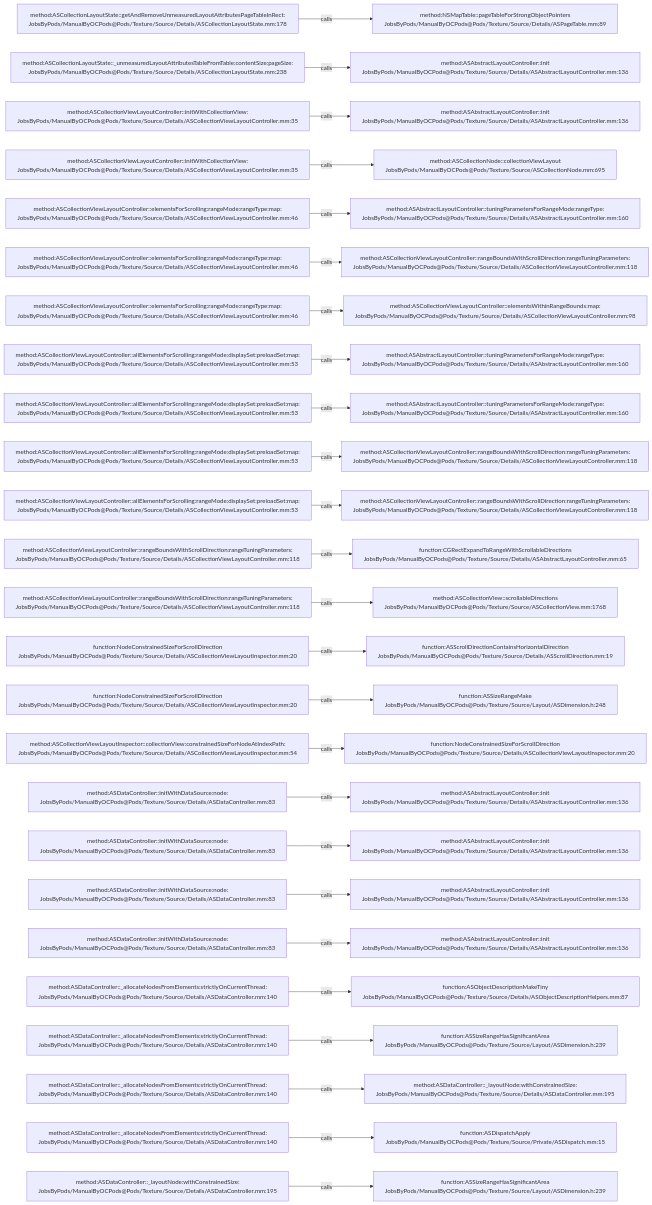
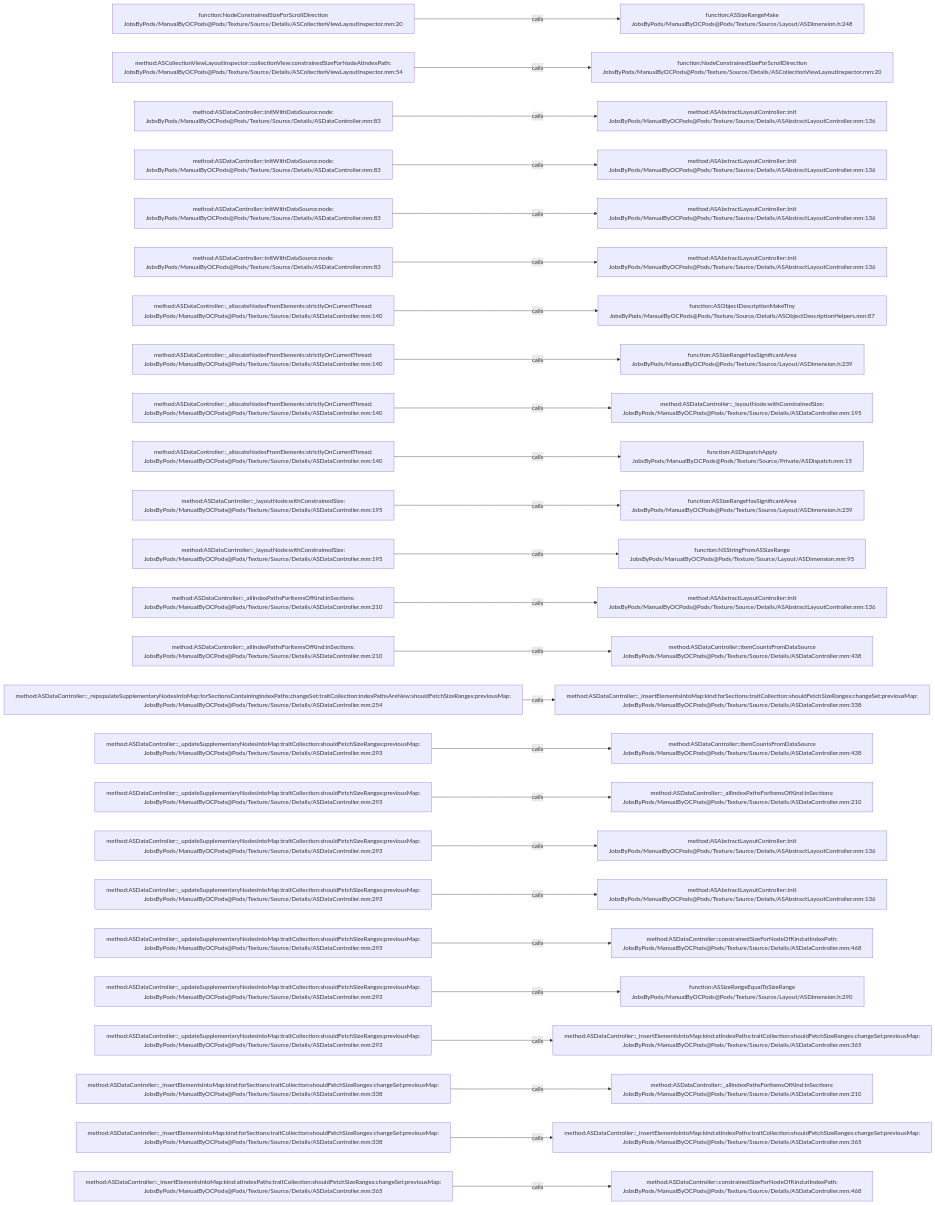
Before and after one commit to JobsKits/JobsOCBaseConfigDemo: the diagram in .codegraph/codegraph.md/graphs/calls-155.md, drawn with Mermaid. The commit also changed 296 other files, not shown here.

````diff
--- a/.codegraph/codegraph.md/graphs/calls-155.md
+++ b/.codegraph/codegraph.md/graphs/calls-155.md
@@ -13,78 +13,78 @@
 ```mermaid
 flowchart LR
-  S1["method:ASCollectionLayoutState::getAndRemoveUnmeasuredLayoutAttributesPageTableInRect:<br/>JobsByPods/ManualByOCPods@Pods/Texture/Source/Details/ASCollectionLayoutState.mm:178"]
-  T1["method:NSMapTable::pageTableForStrongObjectPointers<br/>JobsByPods/ManualByOCPods@Pods/Texture/Source/Details/ASPageTable.mm:89"]
+  S1["function:NodeConstrainedSizeForScrollDirection<br/>JobsByPods/ManualByOCPods@Pods/Texture/Source/Details/ASCollectionViewLayoutInspector.mm:20"]
+  T1["function:ASSizeRangeMake<br/>JobsByPods/ManualByOCPods@Pods/Texture/Source/Layout/ASDimension.h:248"]
   S1 -->|calls| T1
-  S2["method:ASCollectionLayoutState::_unmeasuredLayoutAttributesTableFromTable:contentSize:pageSize:<br/>JobsByPods/ManualByOCPods@Pods/Texture/Source/Details/ASCollectionLayoutState.mm:238"]
-  T2["method:ASAbstractLayoutController::init<br/>JobsByPods/ManualByOCPods@Pods/Texture/Source/Details/ASAbstractLayoutController.mm:136"]
+  S2["method:ASCollectionViewLayoutInspector::collectionView:constrainedSizeForNodeAtIndexPath:<br/>JobsByPods/ManualByOCPods@Pods/Texture/Source/Details/ASCollectionViewLayoutInspector.mm:54"]
+  T2["function:NodeConstrainedSizeForScrollDirection<br/>JobsByPods/ManualByOCPods@Pods/Texture/Source/Details/ASCollectionViewLayoutInspector.mm:20"]
   S2 -->|calls| T2
-  S3["method:ASCollectionViewLayoutController::initWithCollectionView:<br/>JobsByPods/ManualByOCPods@Pods/Texture/Source/Details/ASCollectionViewLayoutController.mm:35"]
+  S3["method:ASDataController::initWithDataSource:node:<br/>JobsByPods/ManualByOCPods@Pods/Texture/Source/Details/ASDataController.mm:83"]
   T3["method:ASAbstractLayoutController::init<br/>JobsByPods/ManualByOCPods@Pods/Texture/Source/Details/ASAbstractLayoutController.mm:136"]
   S3 -->|calls| T3
-  S4["method:ASCollectionViewLayoutController::initWithCollectionView:<br/>JobsByPods/ManualByOCPods@Pods/Texture/Source/Details/ASCollectionViewLayoutController.mm:35"]
-  T4["method:ASCollectionNode::collectionViewLayout<br/>JobsByPods/ManualByOCPods@Pods/Texture/Source/ASCollectionNode.mm:695"]
+  S4["method:ASDataController::initWithDataSource:node:<br/>JobsByPods/ManualByOCPods@Pods/Texture/Source/Details/ASDataController.mm:83"]
+  T4["method:ASAbstractLayoutController::init<br/>JobsByPods/ManualByOCPods@Pods/Texture/Source/Details/ASAbstractLayoutController.mm:136"]
   S4 -->|calls| T4
-  S5["method:ASCollectionViewLayoutController::elementsForScrolling:rangeMode:rangeType:map:<br/>JobsByPods/ManualByOCPods@Pods/Texture/Source/Details/ASCollectionViewLayoutController.mm:46"]
-  T5["method:ASAbstractLayoutController::tuningParametersForRangeMode:rangeType:<br/>JobsByPods/ManualByOCPods@Pods/Texture/Source/Details/ASAbstractLayoutController.mm:160"]
+  S5["method:ASDataController::initWithDataSource:node:<br/>JobsByPods/ManualByOCPods@Pods/Texture/Source/Details/ASDataController.mm:83"]
+  T5["method:ASAbstractLayoutController::init<br/>JobsByPods/ManualByOCPods@Pods/Texture/Source/Details/ASAbstractLayoutController.mm:136"]
   S5 -->|calls| T5
-  S6["method:ASCollectionViewLayoutController::elementsForScrolling:rangeMode:rangeType:map:<br/>JobsByPods/ManualByOCPods@Pods/Texture/Source/Details/ASCollectionViewLayoutController.mm:46"]
-  T6["method:ASCollectionViewLayoutController::rangeBoundsWithScrollDirection:rangeTuningParameters:<br/>JobsByPods/ManualByOCPods@Pods/Texture/Source/Details/ASCollectionViewLayoutController.mm:118"]
+  S6["method:ASDataController::initWithDataSource:node:<br/>JobsByPods/ManualByOCPods@Pods/Texture/Source/Details/ASDataController.mm:83"]
+  T6["method:ASAbstractLayoutController::init<br/>JobsByPods/ManualByOCPods@Pods/Texture/Source/Details/ASAbstractLayoutController.mm:136"]
   S6 -->|calls| T6
-  S7["method:ASCollectionViewLayoutController::elementsForScrolling:rangeMode:rangeType:map:<br/>JobsByPods/ManualByOCPods@Pods/Texture/Source/Details/ASCollectionViewLayoutController.mm:46"]
-  T7["method:ASCollectionViewLayoutController::elementsWithinRangeBounds:map:<br/>JobsByPods/ManualByOCPods@Pods/Texture/Source/Details/ASCollectionViewLayoutController.mm:98"]
+  S7["method:ASDataController::_allocateNodesFromElements:strictlyOnCurrentThread:<br/>JobsByPods/ManualByOCPods@Pods/Texture/Source/Details/ASDataController.mm:140"]
+  T7["function:ASObjectDescriptionMakeTiny<br/>JobsByPods/ManualByOCPods@Pods/Texture/Source/Details/ASObjectDescriptionHelpers.mm:87"]
   S7 -->|calls| T7
-  S8["method:ASCollectionViewLayoutController::allElementsForScrolling:rangeMode:displaySet:preloadSet:map:<br/>JobsByPods/ManualByOCPods@Pods/Texture/Source/Details/ASCollectionViewLayoutController.mm:53"]
-  T8["method:ASAbstractLayoutController::tuningParametersForRangeMode:rangeType:<br/>JobsByPods/ManualByOCPods@Pods/Texture/Source/Details/ASAbstractLayoutController.mm:160"]
+  S8["method:ASDataController::_allocateNodesFromElements:strictlyOnCurrentThread:<br/>JobsByPods/ManualByOCPods@Pods/Texture/Source/Details/ASDataController.mm:140"]
+  T8["function:ASSizeRangeHasSignificantArea<br/>JobsByPods/ManualByOCPods@Pods/Texture/Source/Layout/ASDimension.h:239"]
   S8 -->|calls| T8
-  S9["method:ASCollectionViewLayoutController::allElementsForScrolling:rangeMode:displaySet:preloadSet:map:<br/>JobsByPods/ManualByOCPods@Pods/Texture/Source/Details/ASCollectionViewLayoutController.mm:53"]
-  T9["method:ASAbstractLayoutController::tuningParametersForRangeMode:rangeType:<br/>JobsByPods/ManualByOCPods@Pods/Texture/Source/Details/ASAbstractLayoutController.mm:160"]
+  S9["method:ASDataController::_allocateNodesFromElements:strictlyOnCurrentThread:<br/>JobsByPods/ManualByOCPods@Pods/Texture/Source/Details/ASDataController.mm:140"]
+  T9["method:ASDataController::_layoutNode:withConstrainedSize:<br/>JobsByPods/ManualByOCPods@Pods/Texture/Source/Details/ASDataController.mm:195"]
   S9 -->|calls| T9
-  S10["method:ASCollectionViewLayoutController::allElementsForScrolling:rangeMode:displaySet:preloadSet:map:<br/>JobsByPods/ManualByOCPods@Pods/Texture/Source/Details/ASCollectionViewLayoutController.mm:53"]
-  T10["method:ASCollectionViewLayoutController::rangeBoundsWithScrollDirection:rangeTuningParameters:<br/>JobsByPods/ManualByOCPods@Pods/Texture/Source/Details/ASCollectionViewLayoutController.mm:118"]
+  S10["method:ASDataController::_allocateNodesFromElements:strictlyOnCurrentThread:<br/>JobsByPods/ManualByOCPods@Pods/Texture/Source/Details/ASDataController.mm:140"]
+  T10["function:ASDispatchApply<br/>JobsByPods/ManualByOCPods@Pods/Texture/Source/Private/ASDispatch.mm:15"]
   S10 -->|calls| T10
-  S11["method:ASCollectionViewLayoutController::allElementsForScrolling:rangeMode:displaySet:preloadSet:map:<br/>JobsByPods/ManualByOCPods@Pods/Texture/Source/Details/ASCollectionViewLayoutController.mm:53"]
-  T11["method:ASCollectionViewLayoutController::rangeBoundsWithScrollDirection:rangeTuningParameters:<br/>JobsByPods/ManualByOCPods@Pods/Texture/Source/Details/ASCollectionViewLayoutController.mm:118"]
+  S11["method:ASDataController::_layoutNode:withConstrainedSize:<br/>JobsByPods/ManualByOCPods@Pods/Texture/Source/Details/ASDataController.mm:195"]
+  T11["function:ASSizeRangeHasSignificantArea<br/>JobsByPods/ManualByOCPods@Pods/Texture/Source/Layout/ASDimension.h:239"]
   S11 -->|calls| T11
-  S12["method:ASCollectionViewLayoutController::rangeBoundsWithScrollDirection:rangeTuningParameters:<br/>JobsByPods/ManualByOCPods@Pods/Texture/Source/Details/ASCollectionViewLayoutController.mm:118"]
-  T12["function:CGRectExpandToRangeWithScrollableDirections<br/>JobsByPods/ManualByOCPods@Pods/Texture/Source/Details/ASAbstractLayoutController.mm:65"]
+  S12["method:ASDataController::_layoutNode:withConstrainedSize:<br/>JobsByPods/ManualByOCPods@Pods/Texture/Source/Details/ASDataController.mm:195"]
+  T12["function:NSStringFromASSizeRange<br/>JobsByPods/ManualByOCPods@Pods/Texture/Source/Layout/ASDimension.mm:95"]
   S12 -->|calls| T12
-  S13["method:ASCollectionViewLayoutController::rangeBoundsWithScrollDirection:rangeTuningParameters:<br/>JobsByPods/ManualByOCPods@Pods/Texture/Source/Details/ASCollectionViewLayoutController.mm:118"]
-  T13["method:ASCollectionView::scrollableDirections<br/>JobsByPods/ManualByOCPods@Pods/Texture/Source/ASCollectionView.mm:1768"]
+  S13["method:ASDataController::_allIndexPathsForItemsOfKind:inSections:<br/>JobsByPods/ManualByOCPods@Pods/Texture/Source/Details/ASDataController.mm:210"]
+  T13["method:ASAbstractLayoutController::init<br/>JobsByPods/ManualByOCPods@Pods/Texture/Source/Details/ASAbstractLayoutController.mm:136"]
   S13 -->|calls| T13
-  S14["function:NodeConstrainedSizeForScrollDirection<br/>JobsByPods/ManualByOCPods@Pods/Texture/Source/Details/ASCollectionViewLayoutInspector.mm:20"]
-  T14["function:ASScrollDirectionContainsHorizontalDirection<br/>JobsByPods/ManualByOCPods@Pods/Texture/Source/Details/ASScrollDirection.mm:19"]
+  S14["method:ASDataController::_allIndexPathsForItemsOfKind:inSections:<br/>JobsByPods/ManualByOCPods@Pods/Texture/Source/Details/ASDataController.mm:210"]
+  T14["method:ASDataController::itemCountsFromDataSource<br/>JobsByPods/ManualByOCPods@Pods/Texture/Source/Details/ASDataController.mm:438"]
   S14 -->|calls| T14
-  S15["function:NodeConstrainedSizeForScrollDirection<br/>JobsByPods/ManualByOCPods@Pods/Texture/Source/Details/ASCollectionViewLayoutInspector.mm:20"]
-  T15["function:ASSizeRangeMake<br/>JobsByPods/ManualByOCPods@Pods/Texture/Source/Layout/ASDimension.h:248"]
+  S15["method:ASDataController::_repopulateSupplementaryNodesIntoMap:forSectionsContainingIndexPaths:changeSet:traitCollection:indexPathsAreNew:shouldFetchSizeRanges:previousMap:<br/>JobsByPods/ManualByOCPods@Pods/Texture/Source/Details/ASDataController.mm:254"]
+  T15["method:ASDataController::_insertElementsIntoMap:kind:forSections:traitCollection:shouldFetchSizeRanges:changeSet:previousMap:<br/>JobsByPods/ManualByOCPods@Pods/Texture/Source/Details/ASDataController.mm:338"]
   S15 -->|calls| T15
-  S16["method:ASCollectionViewLayoutInspector::collectionView:constrainedSizeForNodeAtIndexPath:<br/>JobsByPods/ManualByOCPods@Pods/Texture/Source/Details/ASCollectionViewLayoutInspector.mm:54"]
-  T16["function:NodeConstrainedSizeForScrollDirection<br/>JobsByPods/ManualByOCPods@Pods/Texture/Source/Details/ASCollectionViewLayoutInspector.mm:20"]
+  S16["method:ASDataController::_updateSupplementaryNodesIntoMap:traitCollection:shouldFetchSizeRanges:previousMap:<br/>JobsByPods/ManualByOCPods@Pods/Texture/Source/Details/ASDataController.mm:293"]
+  T16["method:ASDataController::itemCountsFromDataSource<br/>JobsByPods/ManualByOCPods@Pods/Texture/Source/Details/ASDataController.mm:438"]
   S16 -->|calls| T16
-  S17["method:ASDataController::initWithDataSource:node:<br/>JobsByPods/ManualByOCPods@Pods/Texture/Source/Details/ASDataController.mm:83"]
-  T17["method:ASAbstractLayoutController::init<br/>JobsByPods/ManualByOCPods@Pods/Texture/Source/Details/ASAbstractLayoutController.mm:136"]
+  S17["method:ASDataController::_updateSupplementaryNodesIntoMap:traitCollection:shouldFetchSizeRanges:previousMap:<br/>JobsByPods/ManualByOCPods@Pods/Texture/Source/Details/ASDataController.mm:293"]
+  T17["method:ASDataController::_allIndexPathsForItemsOfKind:inSections:<br/>JobsByPods/ManualByOCPods@Pods/Texture/Source/Details/ASDataController.mm:210"]
   S17 -->|calls| T17
-  S18["method:ASDataController::initWithDataSource:node:<br/>JobsByPods/ManualByOCPods@Pods/Texture/Source/Details/ASDataController.mm:83"]
+  S18["method:ASDataController::_updateSupplementaryNodesIntoMap:traitCollection:shouldFetchSizeRanges:previousMap:<br/>JobsByPods/ManualByOCPods@Pods/Texture/Source/Details/ASDataController.mm:293"]
   T18["method:ASAbstractLayoutController::init<br/>JobsByPods/ManualByOCPods@Pods/Texture/Source/Details/ASAbstractLayoutController.mm:136"]
   S18 -->|calls| T18
-  S19["method:ASDataController::initWithDataSource:node:<br/>JobsByPods/ManualByOCPods@Pods/Texture/Source/Details/ASDataController.mm:83"]
+  S19["method:ASDataController::_updateSupplementaryNodesIntoMap:traitCollection:shouldFetchSizeRanges:previousMap:<br/>JobsByPods/ManualByOCPods@Pods/Texture/Source/Details/ASDataController.mm:293"]
   T19["method:ASAbstractLayoutController::init<br/>JobsByPods/ManualByOCPods@Pods/Texture/Source/Details/ASAbstractLayoutController.mm:136"]
   S19 -->|calls| T19
-  S20["method:ASDataController::initWithDataSource:node:<br/>JobsByPods/ManualByOCPods@Pods/Texture/Source/Details/ASDataController.mm:83"]
-  T20["method:ASAbstractLayoutController::init<br/>JobsByPods/ManualByOCPods@Pods/Texture/Source/Details/ASAbstractLayoutController.mm:136"]
+  S20["method:ASDataController::_updateSupplementaryNodesIntoMap:traitCollection:shouldFetchSizeRanges:previousMap:<br/>JobsByPods/ManualByOCPods@Pods/Texture/Source/Details/ASDataController.mm:293"]
+  T20["method:ASDataController::constrainedSizeForNodeOfKind:atIndexPath:<br/>JobsByPods/ManualByOCPods@Pods/Texture/Source/Details/ASDataController.mm:468"]
   S20 -->|calls| T20
-  S21["method:ASDataController::_allocateNodesFromElements:strictlyOnCurrentThread:<br/>JobsByPods/ManualByOCPods@Pods/Texture/Source/Details/ASDataController.mm:140"]
-  T21["function:ASObjectDescriptionMakeTiny<br/>JobsByPods/ManualByOCPods@Pods/Texture/Source/Details/ASObjectDescriptionHelpers.mm:87"]
+  S21["method:ASDataController::_updateSupplementaryNodesIntoMap:traitCollection:shouldFetchSizeRanges:previousMap:<br/>JobsByPods/ManualByOCPods@Pods/Texture/Source/Details/ASDataController.mm:293"]
+  T21["function:ASSizeRangeEqualToSizeRange<br/>JobsByPods/ManualByOCPods@Pods/Texture/Source/Layout/ASDimension.h:290"]
   S21 -->|calls| T21
-  S22["method:ASDataController::_allocateNodesFromElements:strictlyOnCurrentThread:<br/>JobsByPods/ManualByOCPods@Pods/Texture/Source/Details/ASDataController.mm:140"]
-  T22["function:ASSizeRangeHasSignificantArea<br/>JobsByPods/ManualByOCPods@Pods/Texture/Source/Layout/ASDimension.h:239"]
+  S22["method:ASDataController::_updateSupplementaryNodesIntoMap:traitCollection:shouldFetchSizeRanges:previousMap:<br/>JobsByPods/ManualByOCPods@Pods/Texture/Source/Details/ASDataController.mm:293"]
+  T22["method:ASDataController::_insertElementsIntoMap:kind:atIndexPaths:traitCollection:shouldFetchSizeRanges:changeSet:previousMap:<br/>JobsByPods/ManualByOCPods@Pods/Texture/Source/Details/ASDataController.mm:365"]
   S22 -->|calls| T22
-  S23["method:ASDataController::_allocateNodesFromElements:strictlyOnCurrentThread:<br/>JobsByPods/ManualByOCPods@Pods/Texture/Source/Details/ASDataController.mm:140"]
-  T23["method:ASDataController::_layoutNode:withConstrainedSize:<br/>JobsByPods/ManualByOCPods@Pods/Texture/Source/Details/ASDataController.mm:195"]
+  S23["method:ASDataController::_insertElementsIntoMap:kind:forSections:traitCollection:shouldFetchSizeRanges:changeSet:previousMap:<br/>JobsByPods/ManualByOCPods@Pods/Texture/Source/Details/ASDataController.mm:338"]
+  T23["method:ASDataController::_allIndexPathsForItemsOfKind:inSections:<br/>JobsByPods/ManualByOCPods@Pods/Texture/Source/Details/ASDataController.mm:210"]
   S23 -->|calls| T23
-  S24["method:ASDataController::_allocateNodesFromElements:strictlyOnCurrentThread:<br/>JobsByPods/ManualByOCPods@Pods/Texture/Source/Details/ASDataController.mm:140"]
-  T24["function:ASDispatchApply<br/>JobsByPods/ManualByOCPods@Pods/Texture/Source/Private/ASDispatch.mm:15"]
+  S24["method:ASDataController::_insertElementsIntoMap:kind:forSections:traitCollection:shouldFetchSizeRanges:changeSet:previousMap:<br/>JobsByPods/ManualByOCPods@Pods/Texture/Source/Details/ASDataController.mm:338"]
+  T24["method:ASDataController::_insertElementsIntoMap:kind:atIndexPaths:traitCollection:shouldFetchSizeRanges:changeSet:previousMap:<br/>JobsByPods/ManualByOCPods@Pods/Texture/Source/Details/ASDataController.mm:365"]
   S24 -->|calls| T24
-  S25["method:ASDataController::_layoutNode:withConstrainedSize:<br/>JobsByPods/ManualByOCPods@Pods/Texture/Source/Details/ASDataController.mm:195"]
-  T25["function:ASSizeRangeHasSignificantArea<br/>JobsByPods/ManualByOCPods@Pods/Texture/Source/Layout/ASDimension.h:239"]
+  S25["method:ASDataController::_insertElementsIntoMap:kind:atIndexPaths:traitCollection:shouldFetchSizeRanges:changeSet:previousMap:<br/>JobsByPods/ManualByOCPods@Pods/Texture/Source/Details/ASDataController.mm:365"]
+  T25["method:ASDataController::constrainedSizeForNodeOfKind:atIndexPath:<br/>JobsByPods/ManualByOCPods@Pods/Texture/Source/Details/ASDataController.mm:468"]
   S25 -->|calls| T25
 ```
````
